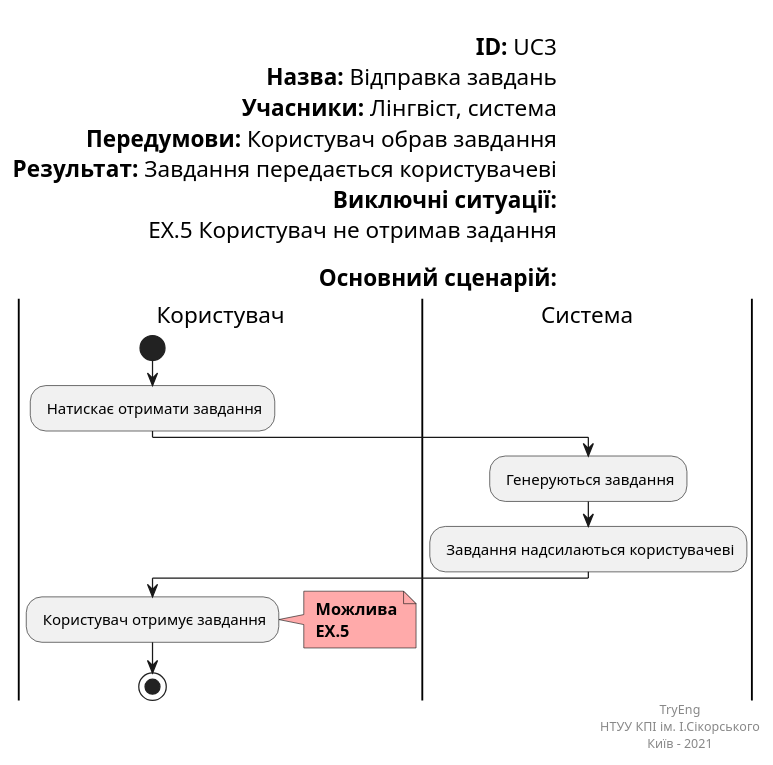
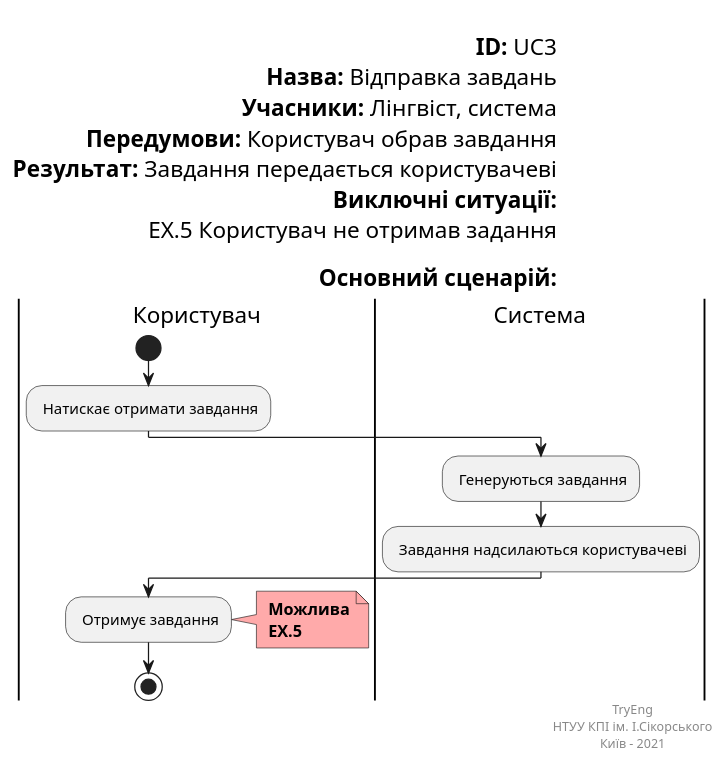
Before and after one commit to Oleh-Khomenko/Tryeng: the diagram in docs/use cases/UC.3.puml, drawn with PlantUML.

```diff
--- a/docs/use cases/UC.3.puml
+++ b/docs/use cases/UC.3.puml
@@ -1,41 +1,41 @@
 @startuml
 left header
 
         <font color=000 size=18><b>ID:</b> UC3
         <font color=000 size=18><b>Назва:</b> Відправка завдань
         <font color=000 size=18><b>Учасники:</b> Лінгвіст, система
         <font color=000 size=18><b>Передумови:</b> Користувач обрав завдання
         <font color=000 size=18><b>Результат:</b> Завдання передається користувачеві
         <font color=000 size=18><b>Виключні ситуації:</b>
         <font color=000 size=18> EХ.5 Користувач не отримав задання
 
         <font color=000 size=18><b>Основний сценарій:</b>
     end header
 
     |Користувач|
         start
         
         : Натискає отримати завдання;
         
     |Система|
         
         : Генеруються завдання;
         : Завдання надсилаються користувачеві;
     |Користувач|
     
-        : Користувач отримує завдання;
+        : Отримує завдання;
          note right #ffaaaa
         <b> Можлива
         <b> EX.5
         end note
         
  
         
         stop;
     
 right footer
 TryEng
 НТУУ КПІ ім. І.Сікорського
 Київ - 2021
 end footer
 @enduml
```
